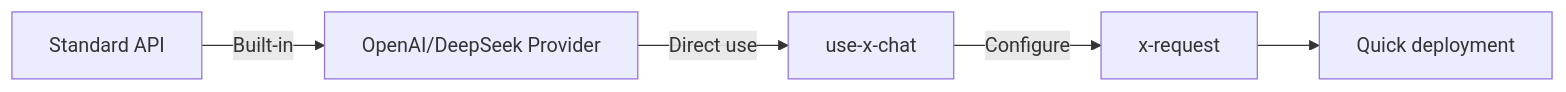
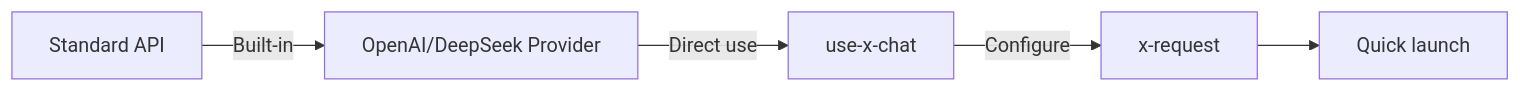
Before and after one commit to ant-design/x: the seventh of 7 diagrams in packages/x-skill/skills/x-chat-provider/SKILL.md, drawn with Mermaid. The commit also changed other lines of this file and 11 other files, not shown here.

````diff
--- a/packages/x-skill/skills/x-chat-provider/SKILL.md
+++ b/packages/x-skill/skills/x-chat-provider/SKILL.md
@@ -425,7 +428,7 @@
 ```mermaid
 graph LR
     A[Standard API] -->|Built-in| B[OpenAI/DeepSeek Provider]
     B -->|Direct use| C[use-x-chat]
     C -->|Configure| D[x-request]
-    D --> E[Quick deployment]
+    D --> E[Quick launch]
 ```
````
